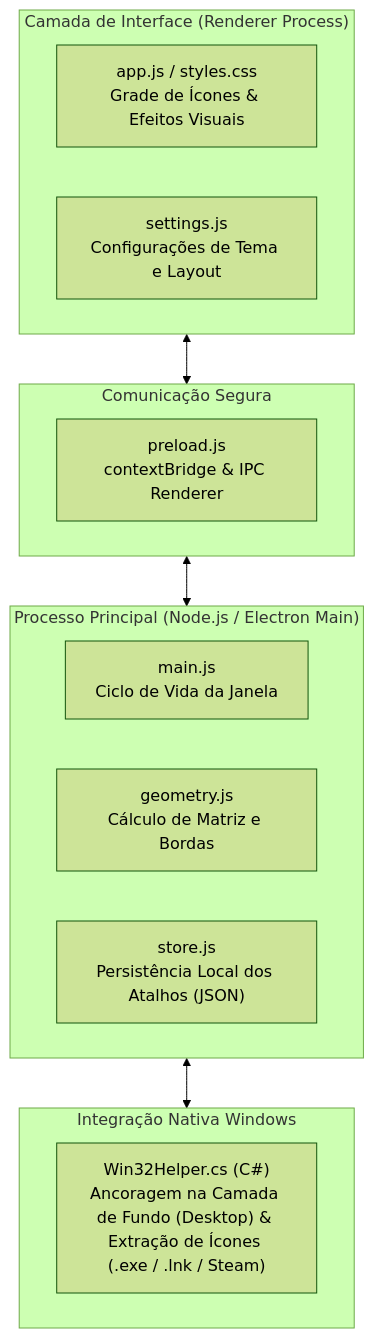
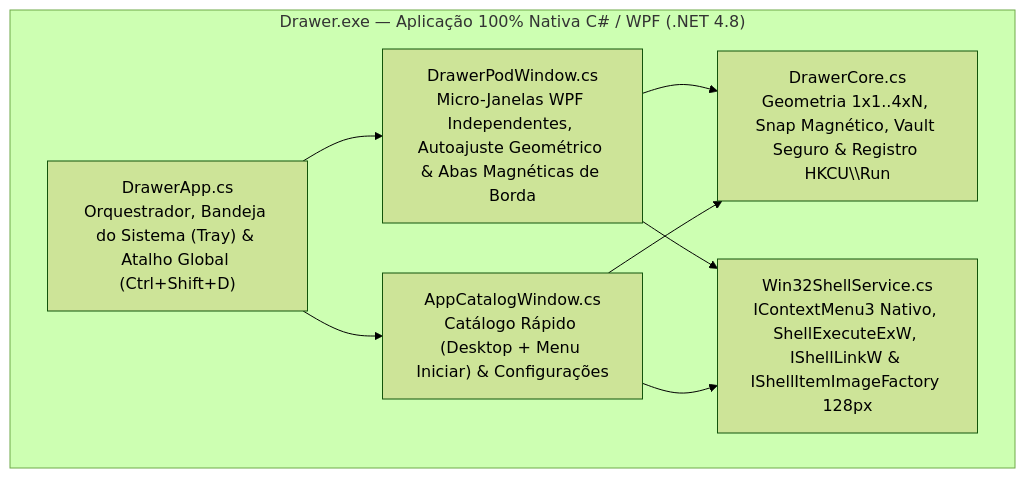
One commit to Renan-Xavier/Drawer-Windows-Organizer changed the diagram in README.md. Above: the diagram before and after it, drawn with Mermaid (forest theme). The commit also changed other lines of this file and 5 other files, not shown here.

Commit message:
feat(build): add native Drawer.exe compiler and self-contained Drawer-Setup-2.0.0.exe installer

````diff
--- a/README.md
+++ b/README.md
@@ -46,25 +40,17 @@
 ```mermaid
 flowchart TD
-    subgraph UI ["Camada de Interface (Renderer Process)"]
-        App["app.js / styles.css\nGrade de Ícones & Efeitos Visuais"]
-        Settings["settings.js\nConfigurações de Tema e Layout"]
+    subgraph NativeApp ["Drawer.exe — Aplicação 100% Nativa C# / WPF (.NET 4.8)"]
+        App["DrawerApp.cs\nOrquestrador, Bandeja do Sistema (Tray) & Atalho Global (Ctrl+Shift+D)"]
+        Pod["DrawerPodWindow.cs\nMicro-Janelas WPF Independentes, Autoajuste Geométrico & Abas Magnéticas de Borda"]
+        Catalog["AppCatalogWindow.cs\nCatálogo Rápido (Desktop + Menu Iniciar) & Configurações"]
+        Core["DrawerCore.cs\nGeometria 1x1..4xN, Snap Magnético, Vault Seguro & Registro HKCU\\Run"]
+        Shell["Win32ShellService.cs\nIContextMenu3 Nativo, ShellExecuteExW, IShellLinkW & IShellItemImageFactory 128px"]
     end
 
-    subgraph Bridge ["Comunicação Segura"]
-        Preload["preload.js\ncontextBridge & IPC Renderer"]
-    end
-
-    subgraph Core ["Processo Principal (Node.js / Electron Main)"]
-        Main["main.js\nCiclo de Vida da Janela"]
-        Geo["geometry.js\nCálculo de Matriz e Bordas"]
-        Store["store.js\nPersistência Local dos Atalhos (JSON)"]
-    end
-
-    subgraph Native ["Integração Nativa Windows"]
-        Win32["Win32Helper.cs (C#)\nAncoragem na Camada de Fundo (Desktop) & Extração de Ícones (.exe / .lnk / Steam)"]
-    end
-
-    UI <--> Bridge
-    Bridge <--> Core
-    Core <--> Native
+    App --> Pod
+    App --> Catalog
+    Pod --> Core
+    Pod --> Shell
+    Catalog --> Core
+    Catalog --> Shell
 ```
````
